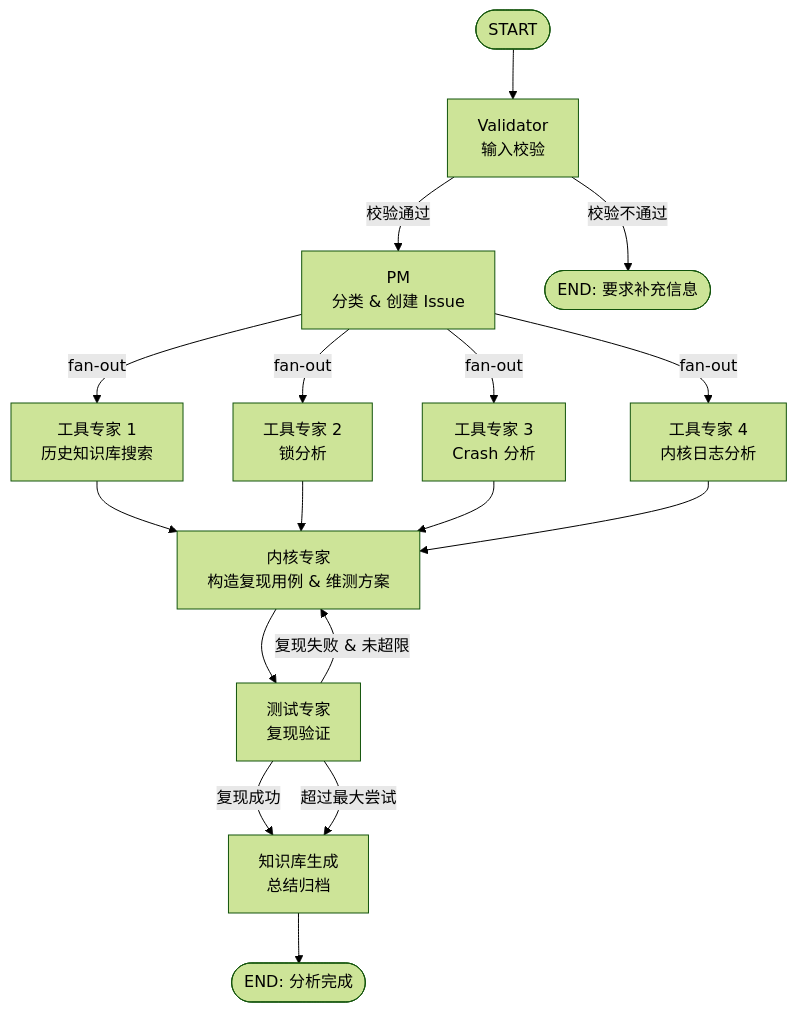
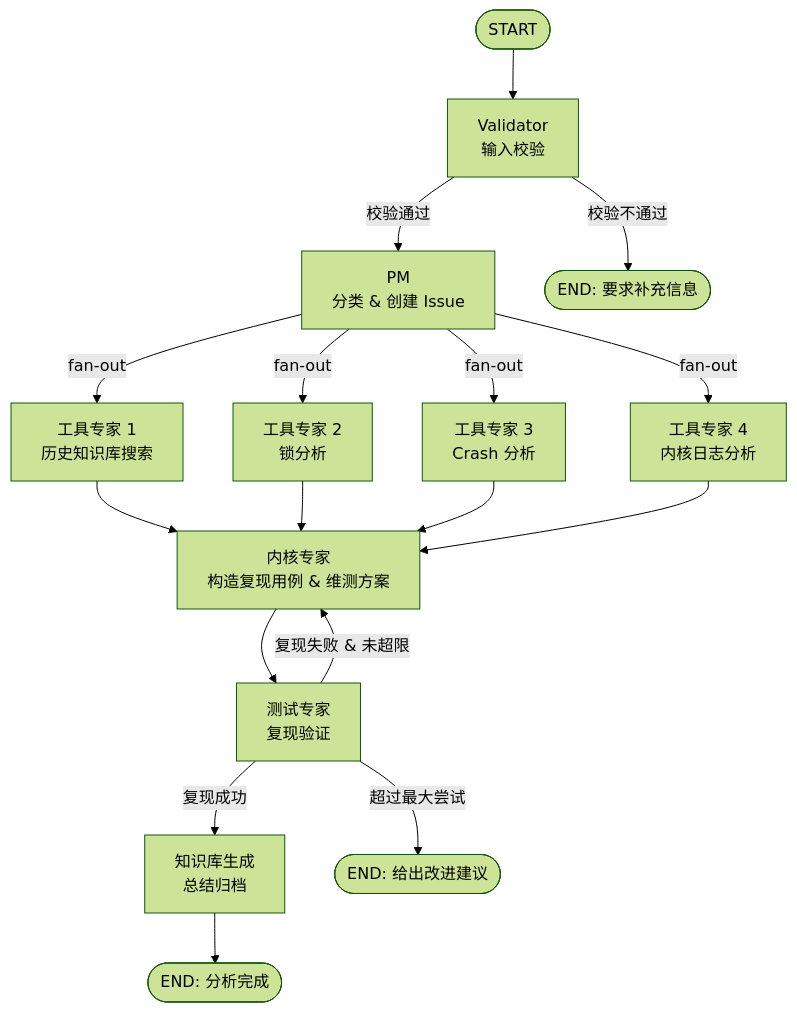
Before and after one commit to Echohuiyin/lumen: the diagram in README.md, drawn with Mermaid (forest theme). The commit also changed other lines of this file, not shown here.

Commit message:
Update README to reflect test max attempts behavior change

````diff
--- a/README.md
+++ b/README.md
@@ -9,23 +9,23 @@
 ```mermaid
 flowchart TD
     START([START]) --> validator[Validator<br/>输入校验]
     validator -->|"校验通过"| pm[PM<br/>分类 & 创建 Issue]
     validator -->|"校验不通过"| END1([END: 要求补充信息])
 
     pm -->|"fan-out"| te1[工具专家 1<br/>历史知识库搜索]
     pm -->|"fan-out"| te2[工具专家 2<br/>锁分析]
     pm -->|"fan-out"| te3[工具专家 3<br/>Crash 分析]
     pm -->|"fan-out"| te4[工具专家 4<br/>内核日志分析]
 
     te1 --> kernel[内核专家<br/>构造复现用例 & 维测方案]
     te2 --> kernel
     te3 --> kernel
     te4 --> kernel
 
     kernel --> test[测试专家<br/>复现验证]
     test -->|"复现成功"| kb[知识库生成<br/>总结归档]
     test -->|"复现失败 & 未超限"| kernel
-    test -->|"超过最大尝试"| kb
+    test -->|"超过最大尝试"| END3([END: 给出改进建议])
 
     kb --> END2([END: 分析完成])
 ```
````
